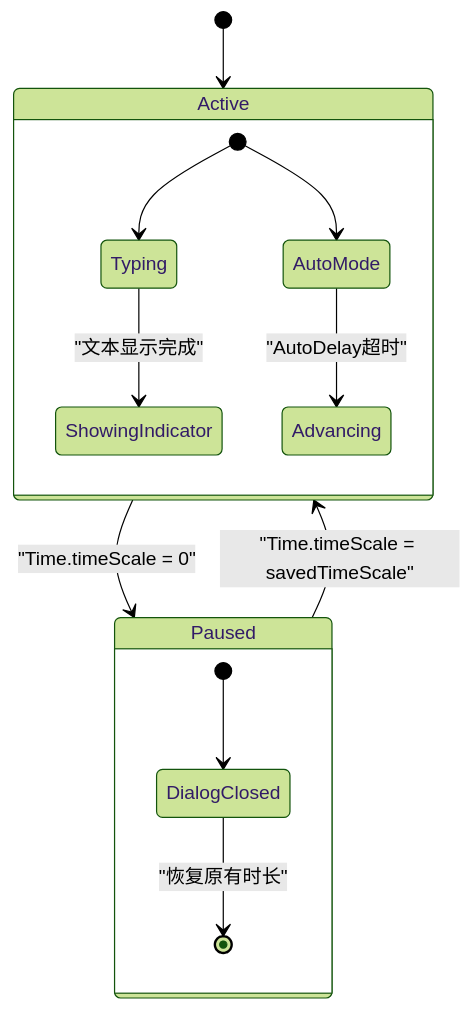
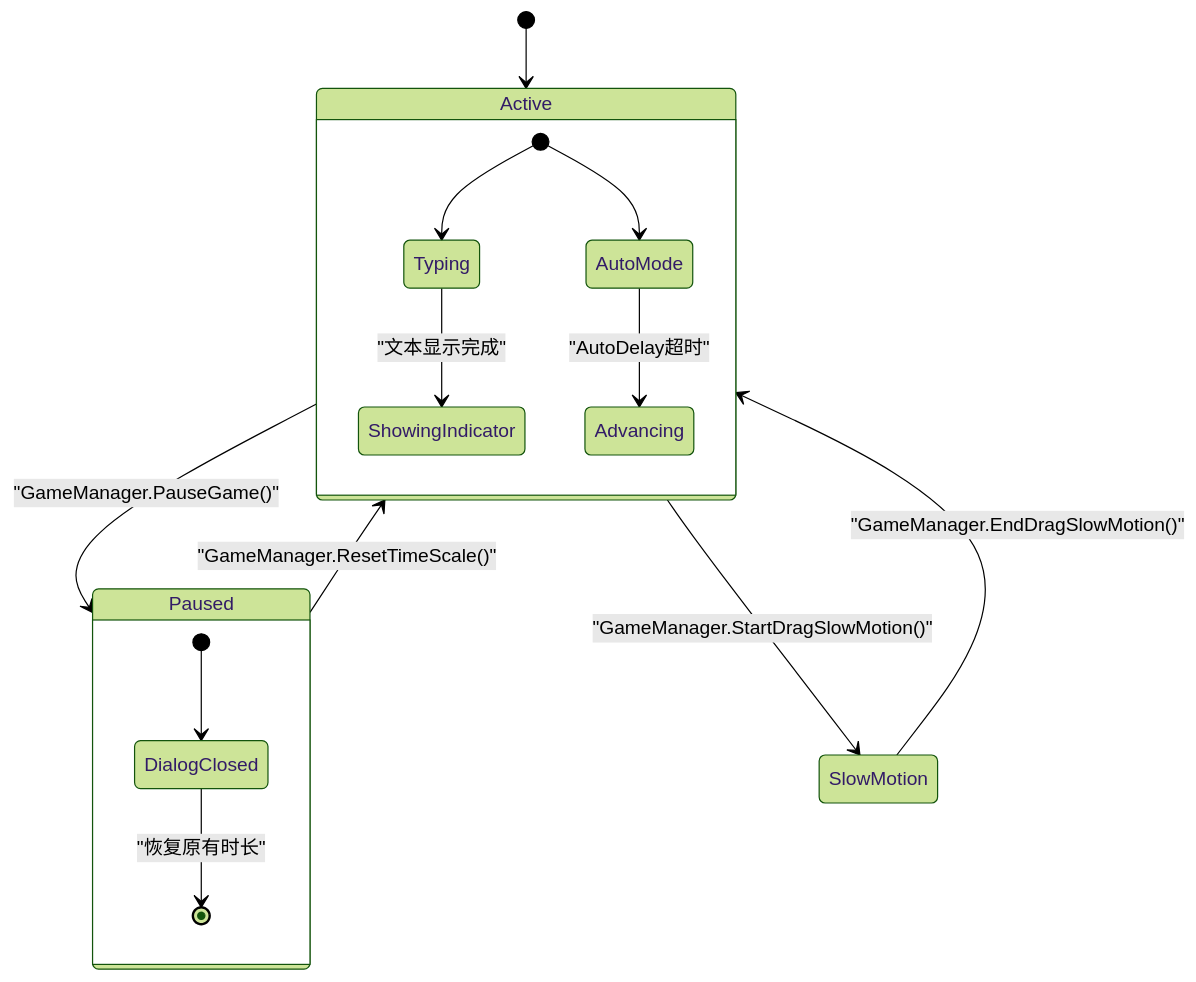
The sixth of 7 diagrams in .qoder/repowiki/zh/content/Dialogue Win.md (Tuusen/p1_client), drawn with Mermaid (forest theme) before and after one commit. The commit also changed other lines of this file and 21 other files, not shown here.

````diff
--- a/.qoder/repowiki/zh/content/Dialogue Win.md
+++ b/.qoder/repowiki/zh/content/Dialogue Win.md
@@ -241,16 +325,18 @@
 ```mermaid
 stateDiagram-v2
 [*] --> Active
-Active --> Paused : "Time.timeScale = 0"
-Paused --> Active : "Time.timeScale = savedTimeScale"
+Active --> Paused : "GameManager.PauseGame()"
+Paused --> Active : "GameManager.ResetTimeScale()"
+Active --> SlowMotion : "GameManager.StartDragSlowMotion()"
+SlowMotion --> Active : "GameManager.EndDragSlowMotion()"
 state Active {
 [*] --> Typing
 [*] --> AutoMode
 Typing --> ShowingIndicator : "文本显示完成"
 AutoMode --> Advancing : "AutoDelay超时"
 }
 state Paused {
 [*] --> DialogClosed
 DialogClosed --> [*] : "恢复原有时长"
 }
 ```
````
